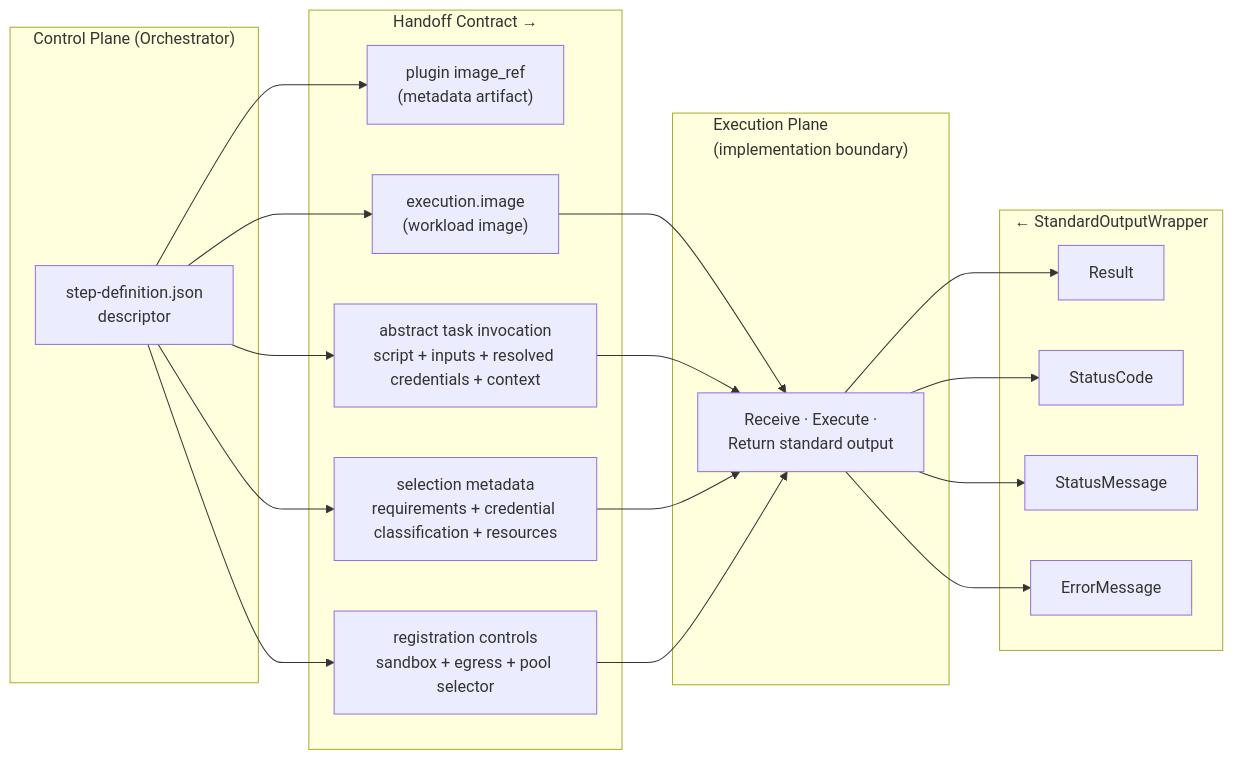
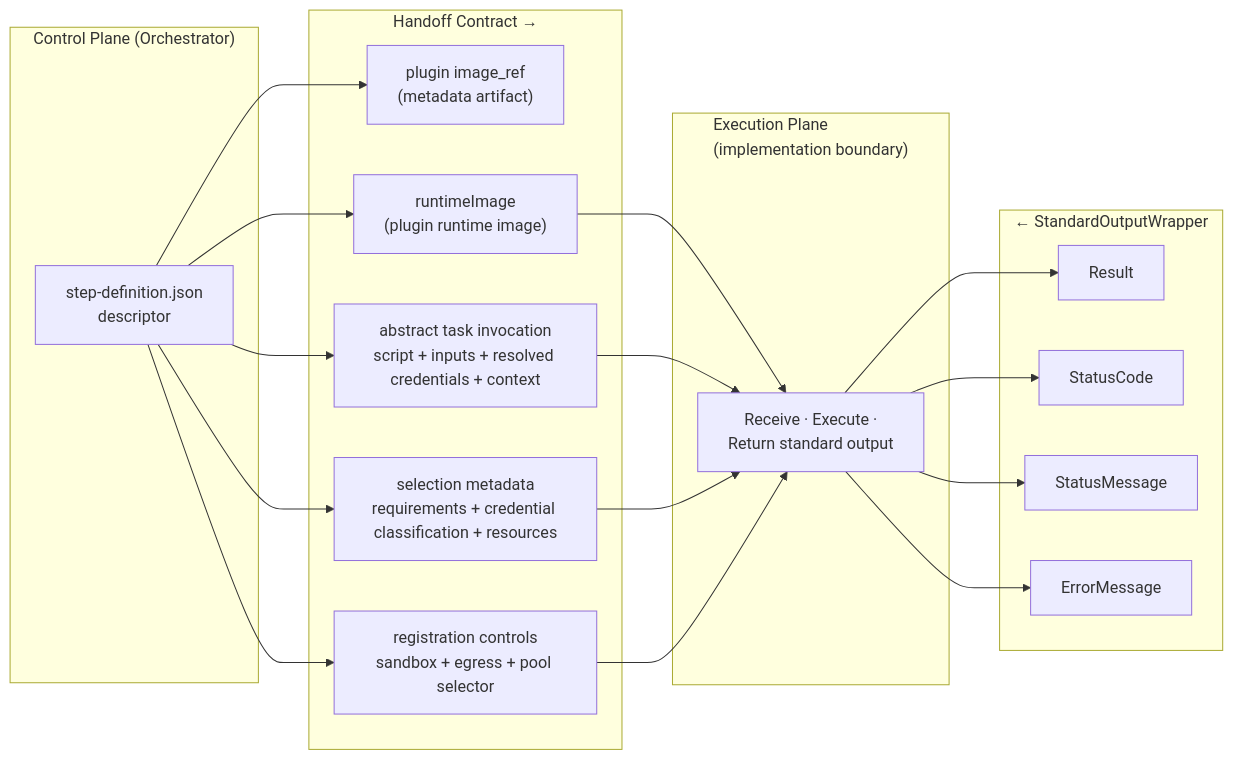
The fifth of 6 diagrams in docs/architecture.md (syntara-orchestration/syntara-node-sdk), drawn with Mermaid before and after one commit. The commit also changed other lines of this file and 26 other files, not shown here.

````diff
--- a/docs/architecture.md
+++ b/docs/architecture.md
@@ -496,35 +465,35 @@
 ```mermaid
 graph LR
     subgraph CONTROL["Control Plane (Orchestrator)"]
         DESC["step-definition.json<br/>descriptor"]
     end
 
     subgraph CONTRACT["Handoff Contract →"]
         C1["plugin image_ref<br/>(metadata artifact)"]
-        C5["execution.image<br/>(workload image)"]
+        C5["runtimeImage<br/>(plugin runtime image)"]
         C2["abstract task invocation<br/>script + inputs + resolved credentials + context"]
         C3["selection metadata<br/>requirements + credential classification + resources"]
         C4["registration controls<br/>sandbox + egress + pool selector"]
     end
 
     subgraph PLANE["Execution Plane<br/>(implementation boundary)"]
         BB["Receive · Execute ·<br/>Return standard output"]
     end
 
     subgraph RETURN["← StandardOutputWrapper"]
         R1["Result"]
         R2["StatusCode"]
         R3["StatusMessage"]
         R4["ErrorMessage"]
     end
 
     DESC --> C1
     DESC --> C5 --> BB
     DESC --> C2 --> BB
     DESC --> C3 --> BB
     DESC --> C4 --> BB
     BB --> R1
     BB --> R2
     BB --> R3
     BB --> R4
 ```
````
